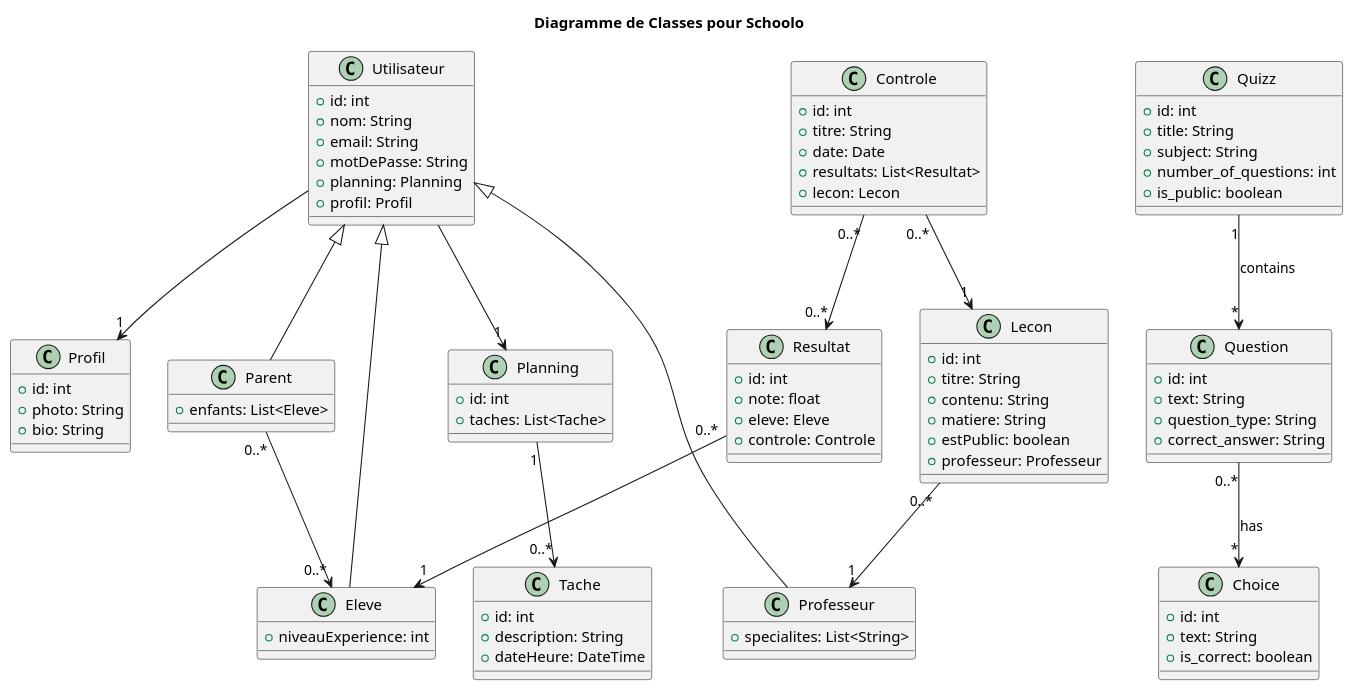
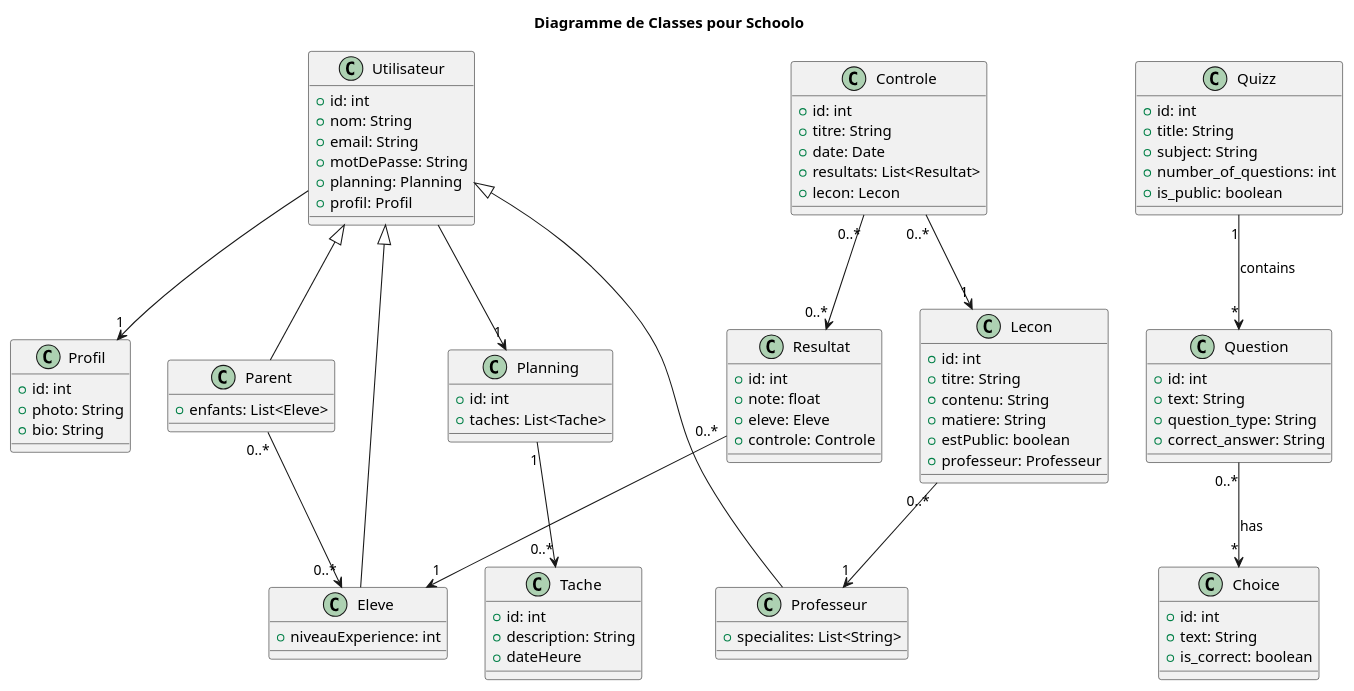
Before and after one commit to PIROSS-Dynamics/Schoolo-back: the diagram in schoolo.puml, drawn with PlantUML. The commit also changed 54 other files, not shown here.

```diff
--- a/schoolo.puml
+++ b/schoolo.puml
@@ -1,100 +1,100 @@
 @startuml
 title Diagramme de Classes pour Schoolo
 
 class Utilisateur {
     +id: int
     +nom: String
     +email: String
     +motDePasse: String
     +planning: Planning
     +profil: Profil
 }
 
 
 class Profil {
     +id: int
     +photo: String
     +bio: String
 }
 
 class Eleve extends Utilisateur {
     +niveauExperience: int
 }
 
 class Professeur extends Utilisateur {
     +specialites: List<String>
 }
 
 class Parent extends Utilisateur {
     +enfants: List<Eleve>
 }
 
 class Lecon {
     +id: int
     +titre: String
     +contenu: String
     +matiere: String
     +estPublic: boolean
     +professeur: Professeur
 }
 
 class Controle {
     +id: int
     +titre: String
     +date: Date
     +resultats: List<Resultat>
     +lecon: Lecon
 }
 
 class Resultat {
     +id: int
     +note: float
     +eleve: Eleve
     +controle: Controle
 }
 
 class Planning {
     +id: int
     +taches: List<Tache>
 }
 
 class Tache {
     +id: int
     +description: String
-    +dateHeure: DateTime
+    +dateHeure
 }
 class Quizz {
     +id: int
     +title: String
     +subject: String
     +number_of_questions: int
     +is_public: boolean
 }
 
 class Question {
     +id: int
     +text: String
     +question_type: String
     +correct_answer: String
 }
 
 class Choice {
     +id: int
     +text: String
     +is_correct: boolean
 }
 
 Quizz "1" --> "*" Question : contains
 Question "0..*" --> "*" Choice : has
 Utilisateur  --> "1" Planning
 Utilisateur  --> "1" Profil
 Parent "0..*" --> "0..*" Eleve
 Lecon "0..*" --> "1" Professeur
 Controle "0..*" --> "1" Lecon
 Resultat "0..*" --> "1" Eleve
 Controle "0..*" --> "0..*" Resultat
 Planning "1" --> "0..*" Tache
 
 
 
 @enduml
```
